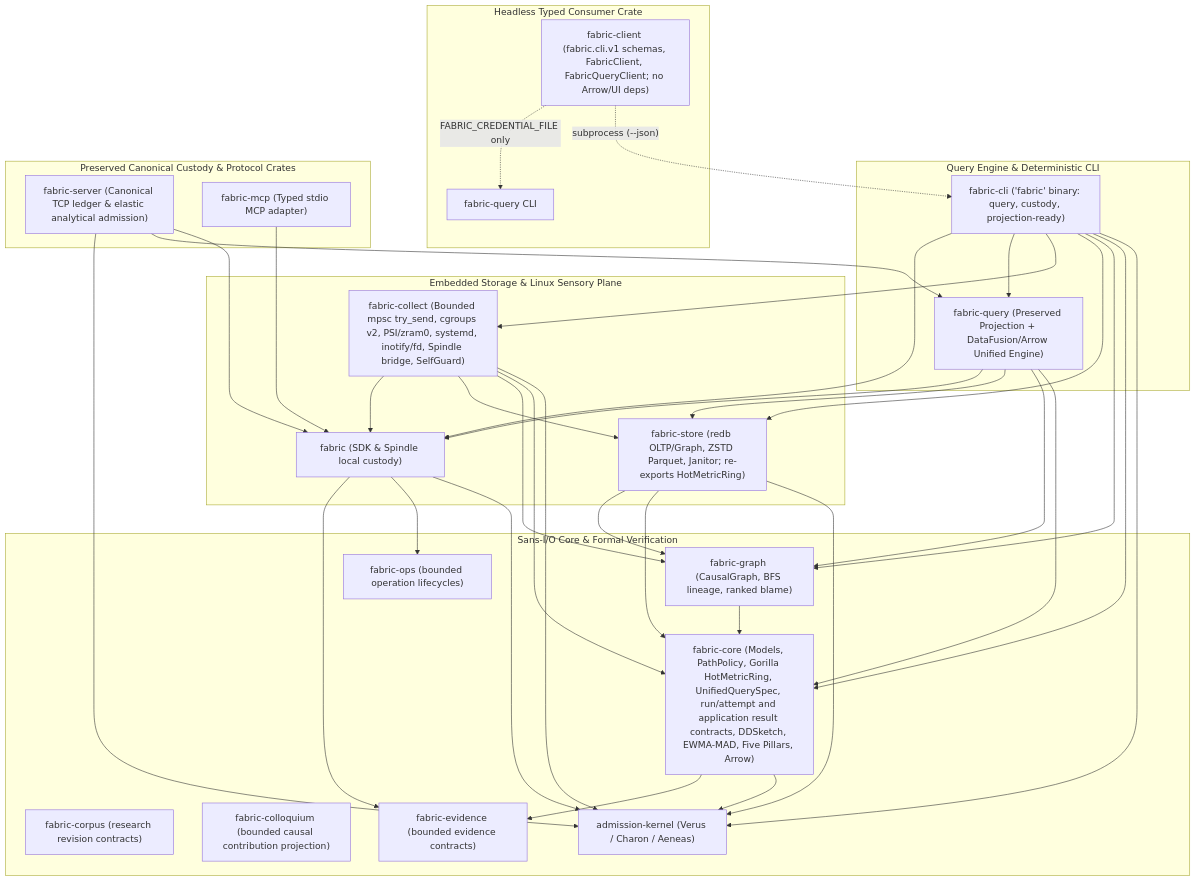
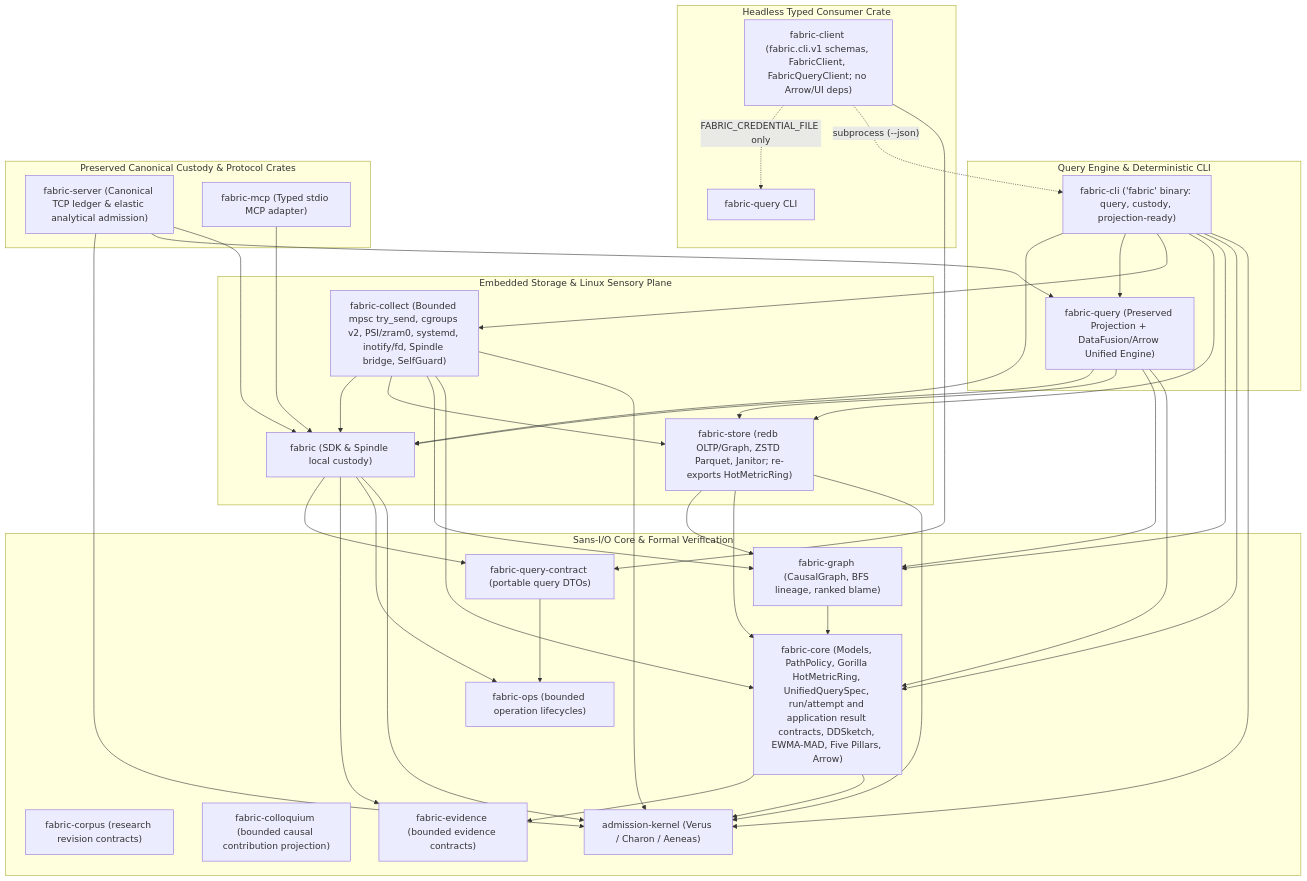
The first of 13 diagrams in docs/architecture.md (kmosoti/FabricO11y), drawn with Mermaid before and after one commit. The commit also changed other lines of this file and 16 other files, not shown here.

Commit message:
Extract portable query operation contracts

````diff
--- a/docs/architecture.md
+++ b/docs/architecture.md
@@ -9,63 +9,67 @@
 ```mermaid
 flowchart TD
     subgraph SansIO["Sans-I/O Core & Formal Verification"]
         CP["fabric-corpus (research revision contracts)"]
         CC["fabric-colloquium (bounded causal contribution projection)"]
         OPS["fabric-ops (bounded operation lifecycles)"]
         EVID["fabric-evidence (bounded evidence contracts)"]
+        QC["fabric-query-contract (portable query DTOs)"]
+        QC --> OPS
         AK["admission-kernel (Verus / Charon / Aeneas)"]
         FC["fabric-core (Models, PathPolicy, Gorilla HotMetricRing, UnifiedQuerySpec, run/attempt and application result contracts, DDSketch, EWMA-MAD, Five Pillars, Arrow)"]
         FG["fabric-graph (CausalGraph, BFS lineage, ranked blame)"]
         FC --> AK
         FC --> EVID
         FG --> FC
     end
 
     subgraph StorageAndCollection["Embedded Storage & Linux Sensory Plane"]
         FS["fabric-store (redb OLTP/Graph, ZSTD Parquet, Janitor; re-exports HotMetricRing)"]
         COL["fabric-collect (Bounded mpsc try_send, cgroups v2, PSI/zram0, systemd, inotify/fd, Spindle bridge, SelfGuard)"]
         FS --> AK
         FS --> FC
         FS --> FG
         COL --> AK
         COL --> FC
         COL --> FG
         COL --> FS
         COL --> FAB
     end
 
     subgraph QueryAndCLI["Query Engine & Deterministic CLI"]
         FQ["fabric-query (Preserved Projection + DataFusion/Arrow Unified Engine)"]
         CLI["fabric-cli ('fabric' binary: query, custody, projection-ready)"]
         FQ --> FC
         FQ --> FG
         FQ --> FS
         FQ --> FAB
         CLI --> AK
         CLI --> FC
         CLI --> FG
         CLI --> FS
         CLI --> COL
         CLI --> FQ
         CLI --> FAB
     end
 
     subgraph HeadlessClient["Headless Typed Consumer Crate"]
         FCL["fabric-client (fabric.cli.v1 schemas, FabricClient, FabricQueryClient; no Arrow/UI deps)"]
+        FCL --> QC
         FCL -. "subprocess (--json)" .-> CLI
         FCL -. "FABRIC_CREDENTIAL_FILE only" .-> FQBIN["fabric-query CLI"]
     end
 
     subgraph PreservedCustody["Preserved Canonical Custody & Protocol Crates"]
         FAB["fabric (SDK & Spindle local custody)"]
         SRV["fabric-server (Canonical TCP ledger & elastic analytical admission)"]
         MCP["fabric-mcp (Typed stdio MCP adapter)"]
         FAB --> AK
         FAB --> OPS
         FAB --> EVID
+        FAB --> QC
         SRV --> FAB
         SRV --> FQ
         SRV --> AK
         MCP --> FAB
     end
 ```
````
